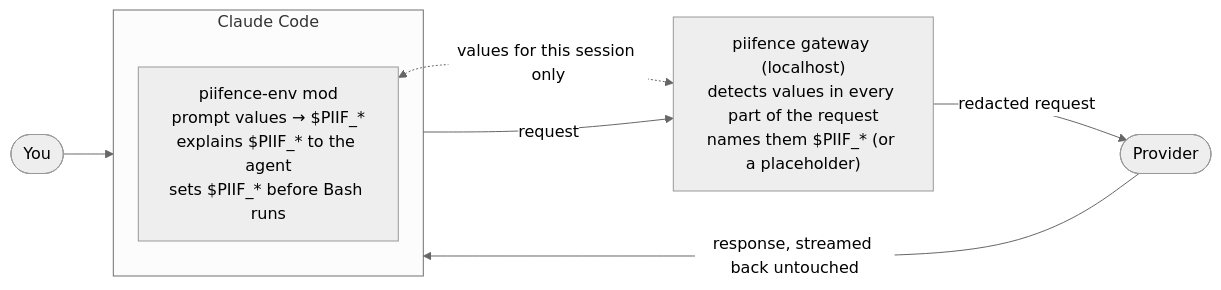
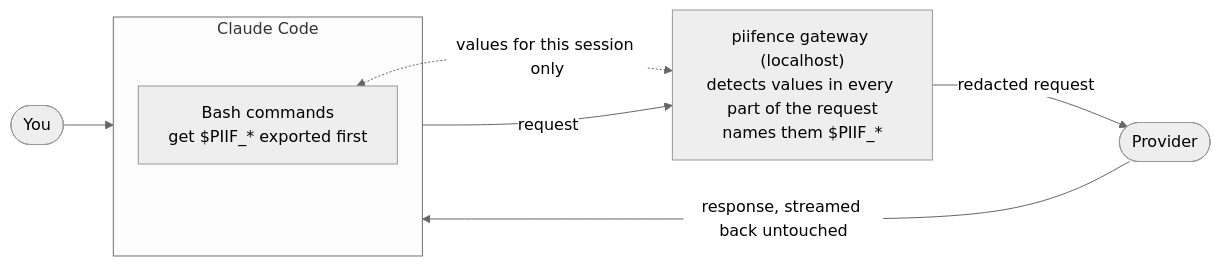
Before and after one commit to sandiiarov/piifence: the first of 2 diagrams in README.md, drawn with Mermaid (neutral theme). The commit also changed other lines of this file and 9 other files, not shown here.

First line of the commit message:
Replace the env mod with a SessionStart hook

````diff
--- a/README.md
+++ b/README.md
@@ -86,11 +87,11 @@
 ```mermaid
 flowchart LR
     you([You]) --> cc
     subgraph cc [Claude Code]
-        mod["piifence-env mod<br/>prompt values → $PIIF_*<br/>explains $PIIF_* to the agent<br/>sets $PIIF_* before Bash runs"]
+        bash["Bash commands<br/>get $PIIF_* exported first"]
     end
-    cc -- request --> gw["piifence gateway (localhost)<br/>detects values in every part of the request<br/>names them $PIIF_* (or a placeholder)"]
+    cc -- request --> gw["piifence gateway (localhost)<br/>detects values in every part of the request<br/>names them $PIIF_*"]
     gw -- redacted request --> provider([Provider])
     provider -- response, streamed back untouched --> cc
-    mod <-. "values for this session only" .-> gw
+    bash <-. "values for this session only" .-> gw
 ```
````
